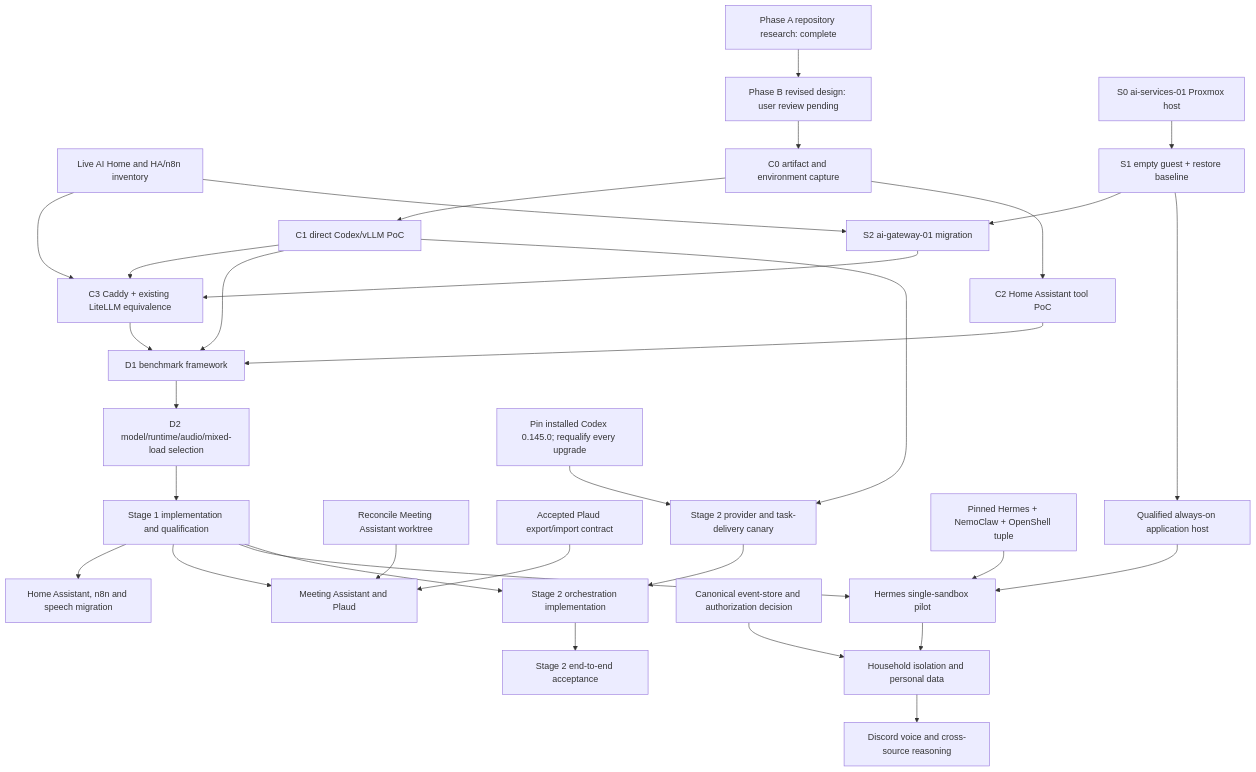
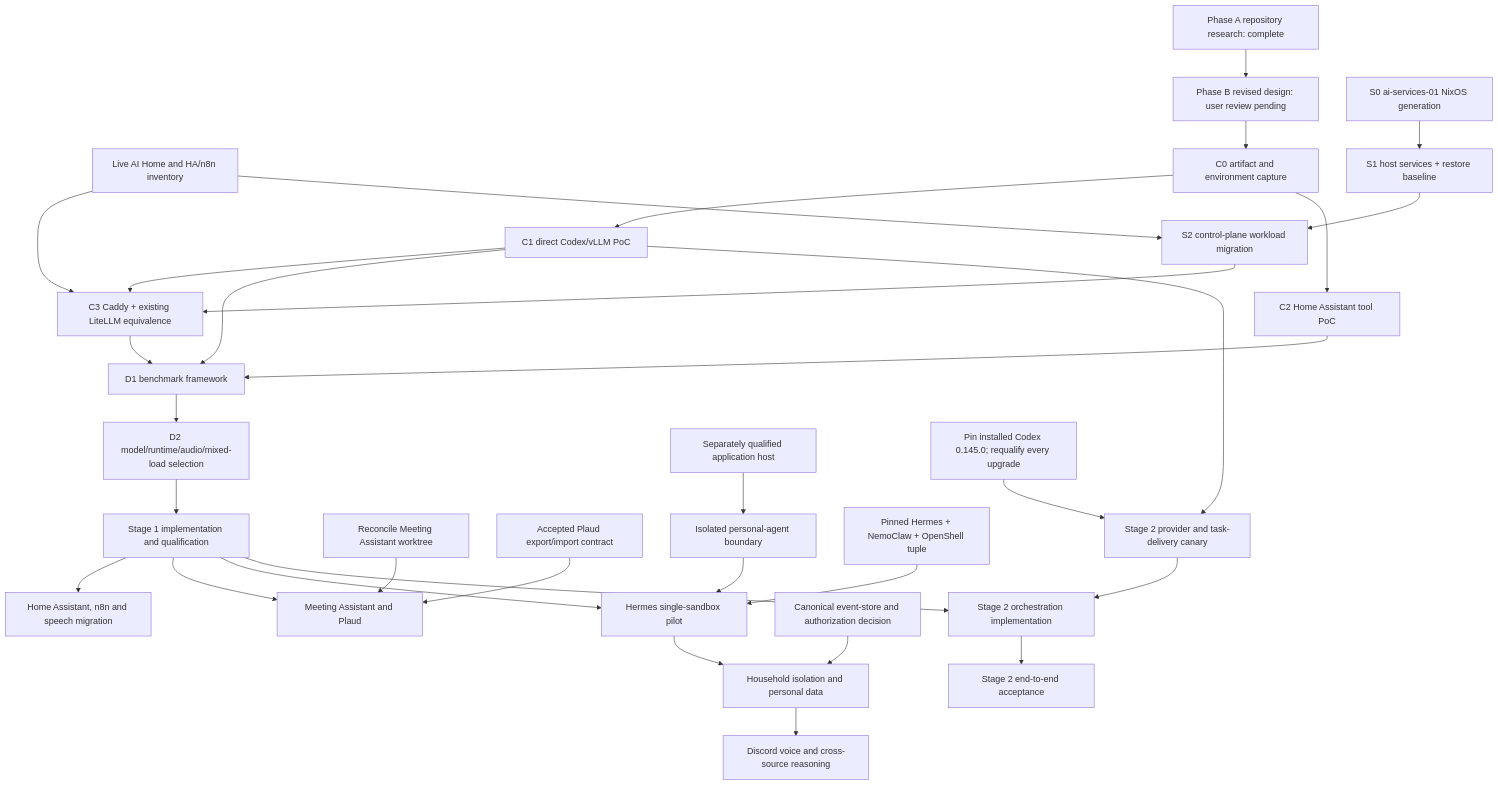
Before and after one commit to madslundt/HomeCompute: the first of 3 diagrams in docs/dependency-graph.md, drawn with Mermaid. The commit also changed other lines of this file and 89 other files, not shown here.

Commit message:
feat: add reproducible NixOS control plane

````diff
--- a/docs/dependency-graph.md
+++ b/docs/dependency-graph.md
@@ -7,35 +7,35 @@
 ```mermaid
 flowchart TD
     A[Phase A repository research: complete] --> B[Phase B revised design: user review pending]
     Inventory[Live AI Home and HA/n8n inventory] --> C3
-    S0[S0 ai-services-01 Proxmox host] --> S1[S1 empty guest + restore baseline]
-    S1 --> S2[S2 ai-gateway-01 migration]
+    S0[S0 ai-services-01 NixOS generation] --> S1[S1 host services + restore baseline]
+    S1 --> S2[S2 control-plane workload migration]
     Inventory --> S2
     S2 --> C3
     B --> C0[C0 artifact and environment capture]
     C0 --> C1[C1 direct Codex/vLLM PoC]
     C0 --> C2[C2 Home Assistant tool PoC]
     C1 --> C3[C3 Caddy + existing LiteLLM equivalence]
     C1 --> D1[D1 benchmark framework]
     C2 --> D1
     C3 --> D1
     D1 --> D2[D2 model/runtime/audio/mixed-load selection]
     D2 --> E[Stage 1 implementation and qualification]
     E --> G[Home Assistant, n8n and speech migration]
     E --> H[Meeting Assistant and Plaud]
     MeetingBaseline[Reconcile Meeting Assistant worktree] --> H
     PlaudContract[Accepted Plaud export/import contract] --> H
     E --> I[Hermes single-sandbox pilot]
-    S1 --> AppHost[Qualified always-on application host]
-    AppHost --> I
+    AppHost[Separately qualified application host] --> AgentHost[Isolated personal-agent boundary]
+    AgentHost --> I
     HermesTuple[Pinned Hermes + NemoClaw + OpenShell tuple] --> I
     I --> J[Household isolation and personal data]
     PersonalStore[Canonical event-store and authorization decision] --> J
     J --> Voice[Discord voice and cross-source reasoning]
 
     Version[Pin installed Codex 0.145.0; requalify every upgrade] --> F0[Stage 2 provider and task-delivery canary]
     C1 --> F0
     E --> F1[Stage 2 orchestration implementation]
     F0 --> F1
     F1 --> F2[Stage 2 end-to-end acceptance]
 ```
````
